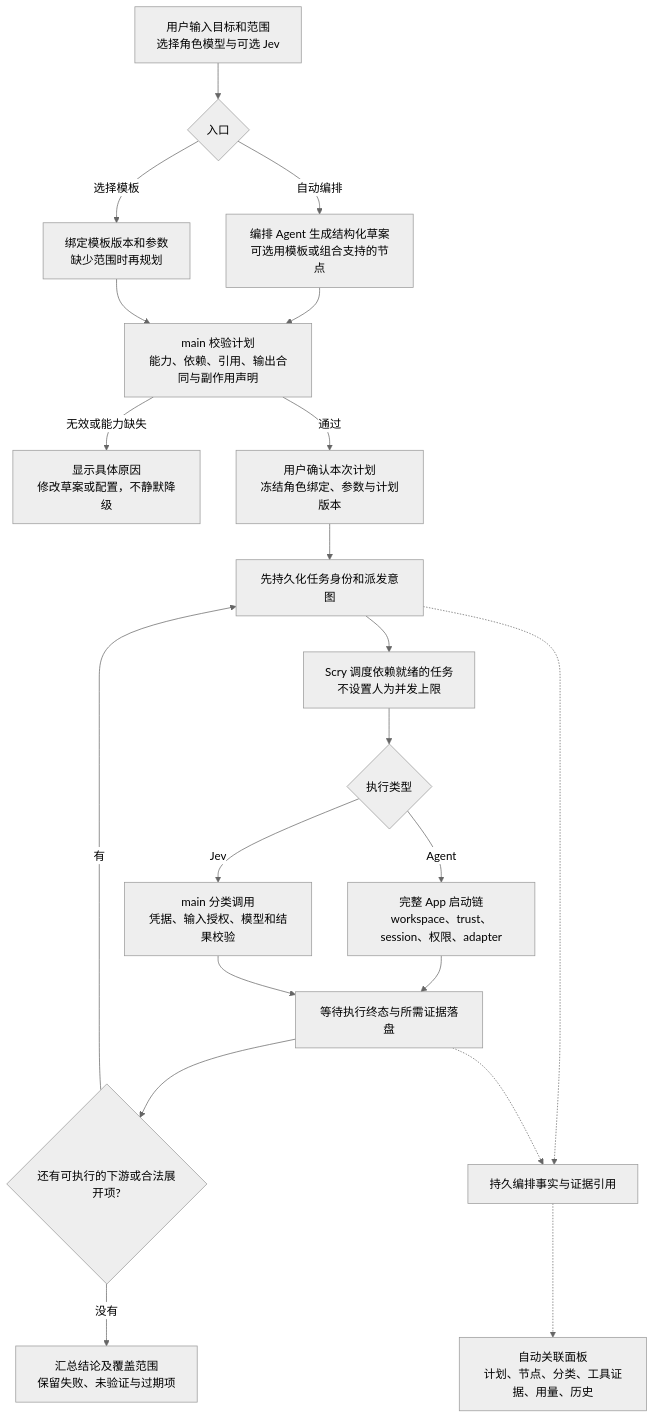
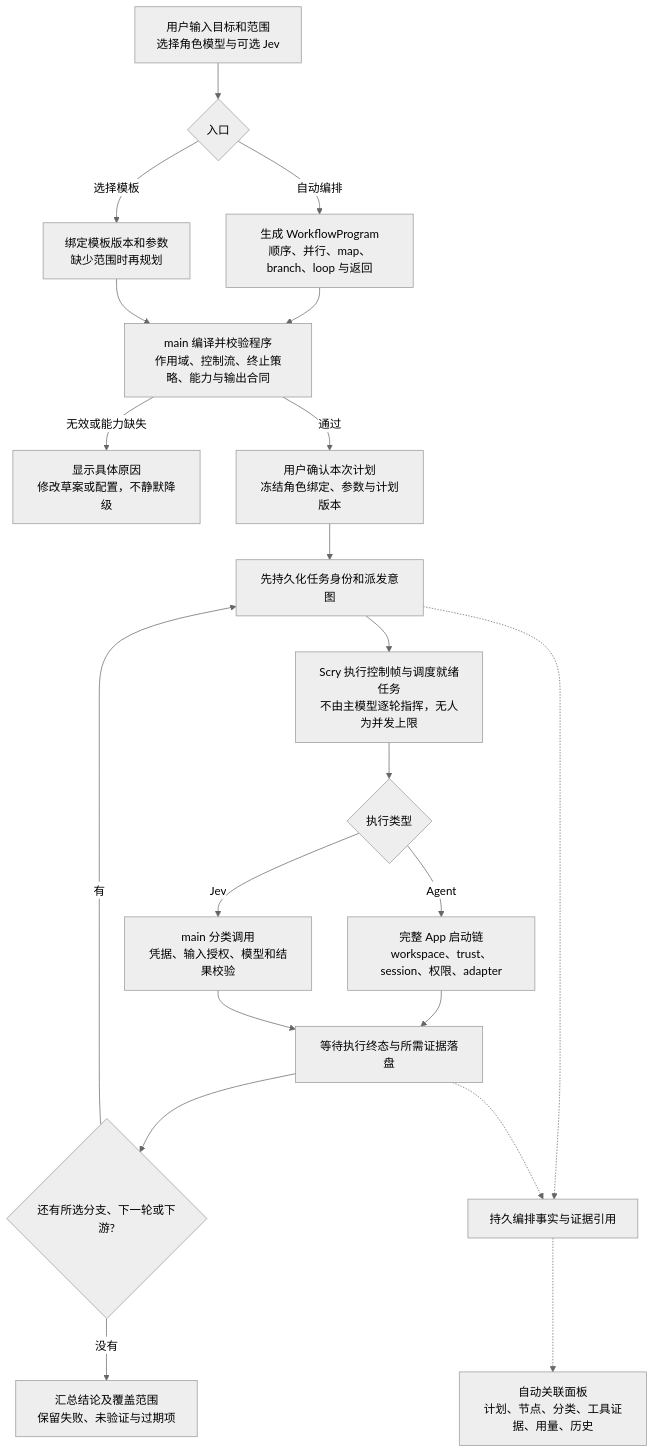
One commit to bingjiang0611/scry changed the first of 3 diagrams in designs/scry-workflows/implementation-plan.md. Above: the diagram before and after it, drawn with Mermaid (neutral theme). The commit also changed other lines of this file and 5 other files, not shown here.

Commit message:
docs(workflows): specify full control flow and quality patterns

````diff
--- a/designs/scry-workflows/implementation-plan.md
+++ b/designs/scry-workflows/implementation-plan.md
@@ -32,23 +34,23 @@
 ```mermaid
 flowchart TD
   A[用户输入目标和范围<br/>选择角色模型与可选 Jev] --> B{入口}
-  B -->|自动编排| C[编排 Agent 生成结构化草案<br/>可选用模板或组合支持的节点]
+  B -->|自动编排| C[生成 WorkflowProgram<br/>顺序、并行、map、branch、loop 与返回]
   B -->|选择模板| D[绑定模板版本和参数<br/>缺少范围时再规划]
-  C --> E[main 校验计划<br/>能力、依赖、引用、输出合同与副作用声明]
+  C --> E[main 编译并校验程序<br/>作用域、控制流、终止策略、能力与输出合同]
   D --> E
   E -->|无效或能力缺失| X[显示具体原因<br/>修改草案或配置，不静默降级]
   E -->|通过| F[用户确认本次计划<br/>冻结角色绑定、参数与计划版本]
   F --> G[先持久化任务身份和派发意图]
-  G --> H[Scry 调度依赖就绪的任务<br/>不设置人为并发上限]
+  G --> H[Scry 执行控制帧与调度就绪任务<br/>不由主模型逐轮指挥，无人为并发上限]
   H --> I{执行类型}
   I -->|Agent| J[完整 App 启动链<br/>workspace、trust、session、权限、adapter]
   I -->|Jev| K[main 分类调用<br/>凭据、输入授权、模型和结果校验]
   J --> L[等待执行终态与所需证据落盘]
   K --> L
-  L --> M{还有可执行的下游或合法展开项?}
+  L --> M{还有所选分支、下一轮或下游?}
   M -->|有| G
   M -->|没有| N[汇总结论及覆盖范围<br/>保留失败、未验证与过期项]
   G -.-> P[持久编排事实与证据引用]
   L -.-> P
   P -.-> Q[自动关联面板<br/>计划、节点、分类、工具证据、用量、历史]
 ```
````
